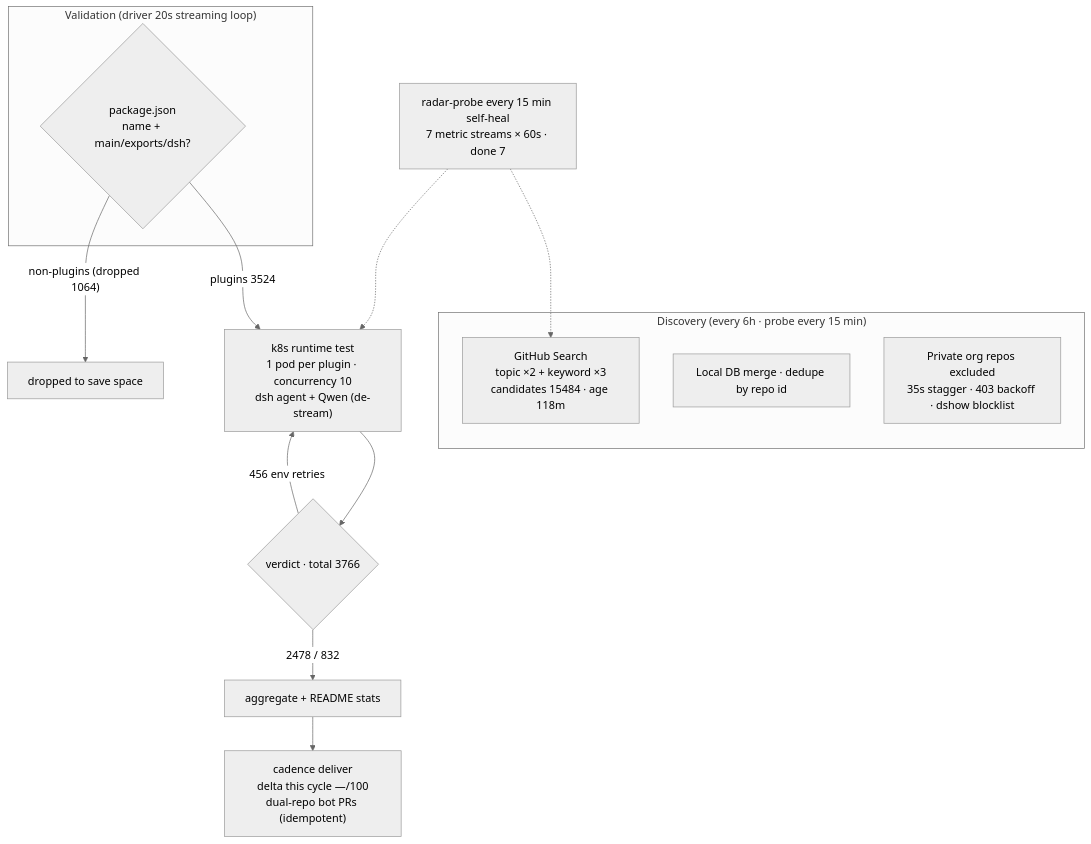
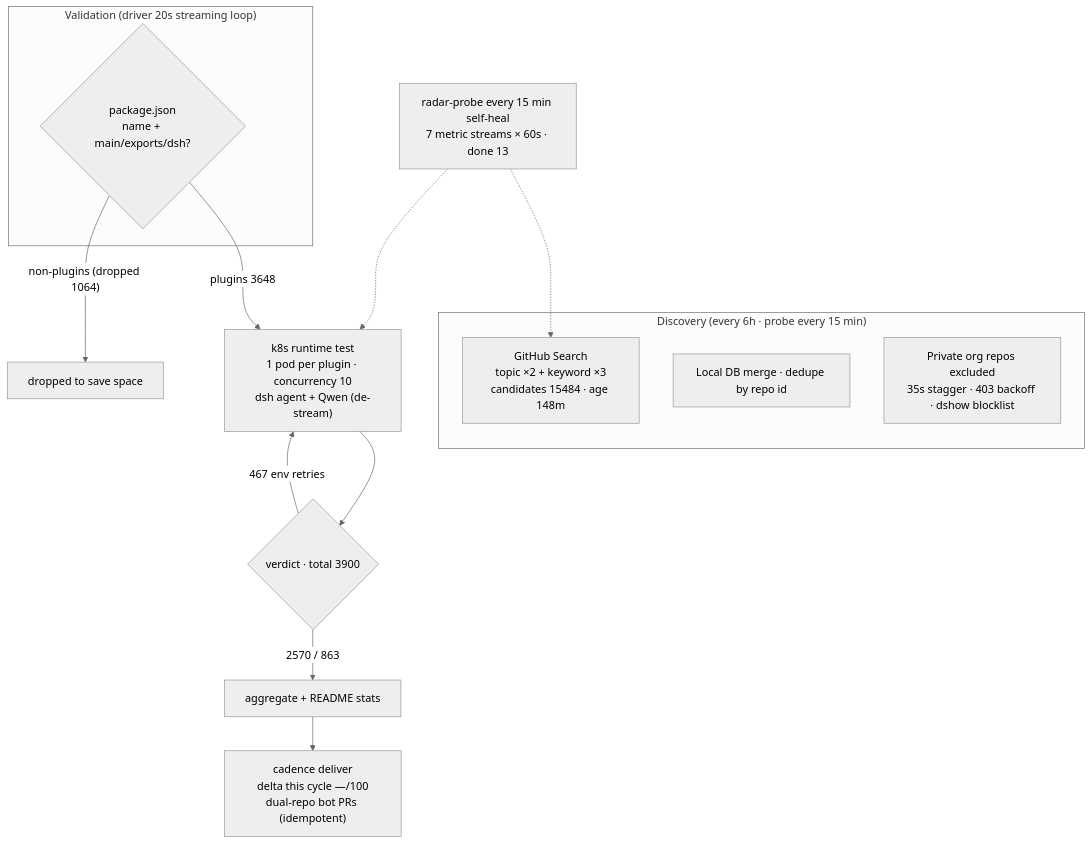
Before and after one commit to AdamPlatin123/awesome-dsh-plugins: the diagram in README.en-US.md, drawn with Mermaid (neutral theme). The commit also changed other lines of this file and 5 other files, not shown here.

````diff
--- a/README.en-US.md
+++ b/README.en-US.md
@@ -30,20 +30,20 @@
 ```mermaid
 flowchart TB
     subgraph Discovery["Discovery (every 6h · probe every 15 min)"]
-        A1["GitHub Search<br/>topic ×2 + keyword ×3<br/>candidates 15484 · age 118m"]
+        A1["GitHub Search<br/>topic ×2 + keyword ×3<br/>candidates 15484 · age 148m"]
         A2["Local DB merge · dedupe by repo id"]
         A3["Private org repos excluded<br/>35s stagger · 403 backoff · dshow blocklist"]
     end
     subgraph Validation["Validation (driver 20s streaming loop)"]
         B1{"package.json<br/>name + main/exports/dsh?"}
     end
-    B1 -->|"plugins 3524"| C1["k8s runtime test<br/>1 pod per plugin · concurrency 10<br/>dsh agent + Qwen (de-stream)"]
+    B1 -->|"plugins 3648"| C1["k8s runtime test<br/>1 pod per plugin · concurrency 10<br/>dsh agent + Qwen (de-stream)"]
     B1 -->|"non-plugins (dropped 1064)"| B3["dropped to save space"]
-    C1 --> D1{"verdict · total 3766"}
-    D1 -->|"2478 / 832"| E1["aggregate + README stats"]
-    D1 -->|"456 env retries"| C1
+    C1 --> D1{"verdict · total 3900"}
+    D1 -->|"2570 / 863"| E1["aggregate + README stats"]
+    D1 -->|"467 env retries"| C1
     E1 --> E2["cadence deliver<br/>delta this cycle —/100<br/>dual-repo bot PRs (idempotent)"]
-    M["radar-probe every 15 min self-heal<br/>7 metric streams × 60s · done 7"]
+    M["radar-probe every 15 min self-heal<br/>7 metric streams × 60s · done 13"]
     M -.-> A1
     M -.-> C1
 ```
````
